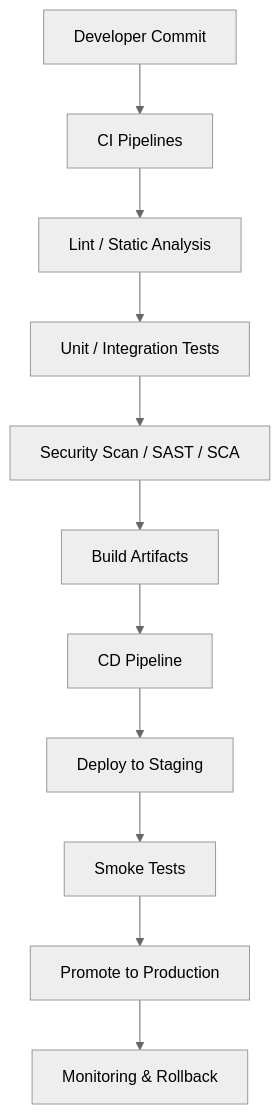
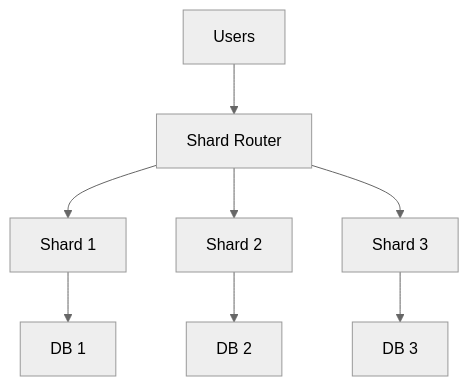
One commit to quesiblaq442-del/architecture-diagram changed the tenth of 25 diagrams in ARCHITECTURE.md. Above: the diagram before and after it, drawn with Mermaid (neutral theme). The commit also changed other lines of this file, not shown here.

Commit message:
Add security and scalability sections

````diff
--- a/ARCHITECTURE.md
+++ b/ARCHITECTURE.md
@@ -297,13 +263,10 @@
 ```mermaid
 graph TB
-    Dev["Developer Commit"] --> CI["CI Pipelines"]
-    CI --> Lint["Lint / Static Analysis"]
-    Lint --> Test["Unit / Integration Tests"]
-    Test --> Scan["Security Scan / SAST / SCA"]
-    Scan --> Build["Build Artifacts"]
-    Build --> CD["CD Pipeline"]
-    CD --> Staging["Deploy to Staging"]
-    Staging --> Smoke["Smoke Tests"]
-    Smoke --> Prod["Promote to Production"]
-    Prod --> Monitor["Monitoring & Rollback"]
+    Users["Users"] --> Router["Shard Router"]
+    Router --> Shard1["Shard 1"]
+    Router --> Shard2["Shard 2"]
+    Router --> Shard3["Shard 3"]
+    Shard1 --> DB1["DB 1"]
+    Shard2 --> DB2["DB 2"]
+    Shard3 --> DB3["DB 3"]
 ```
````
